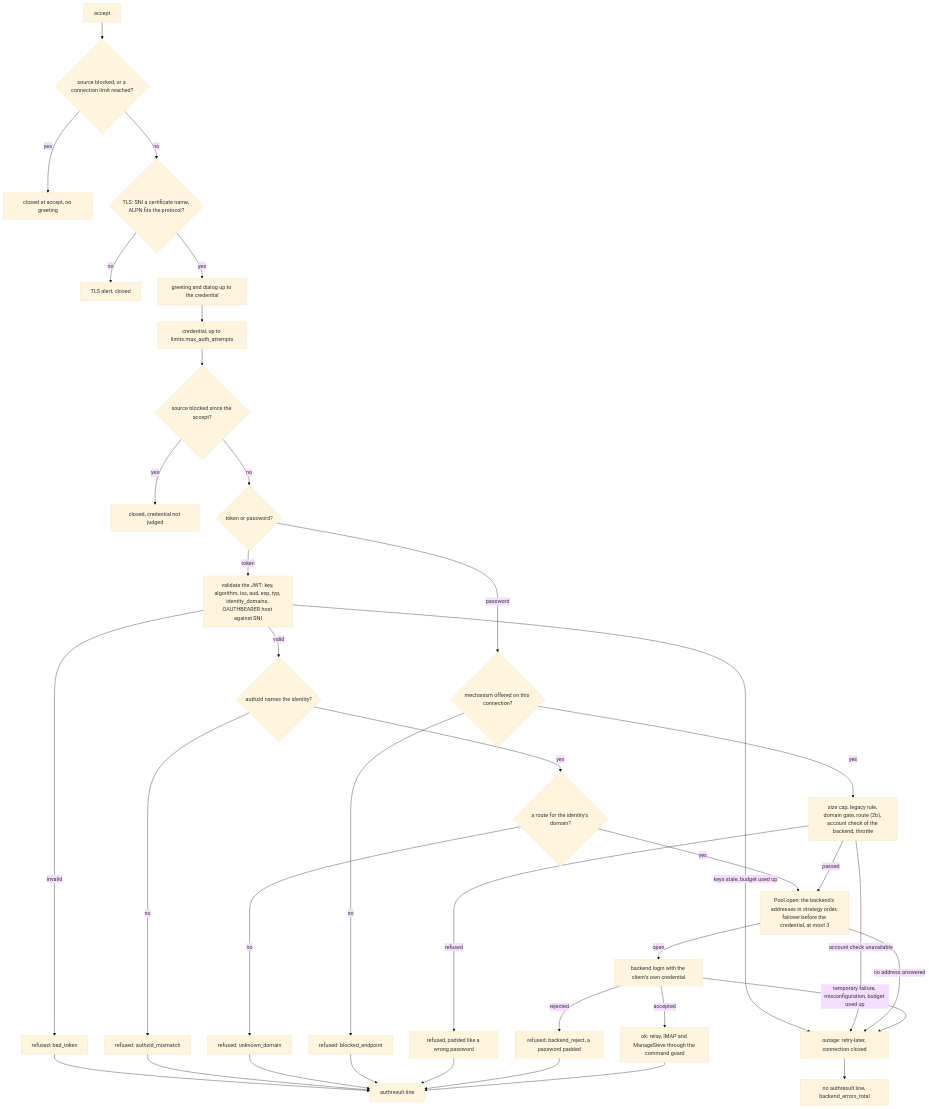
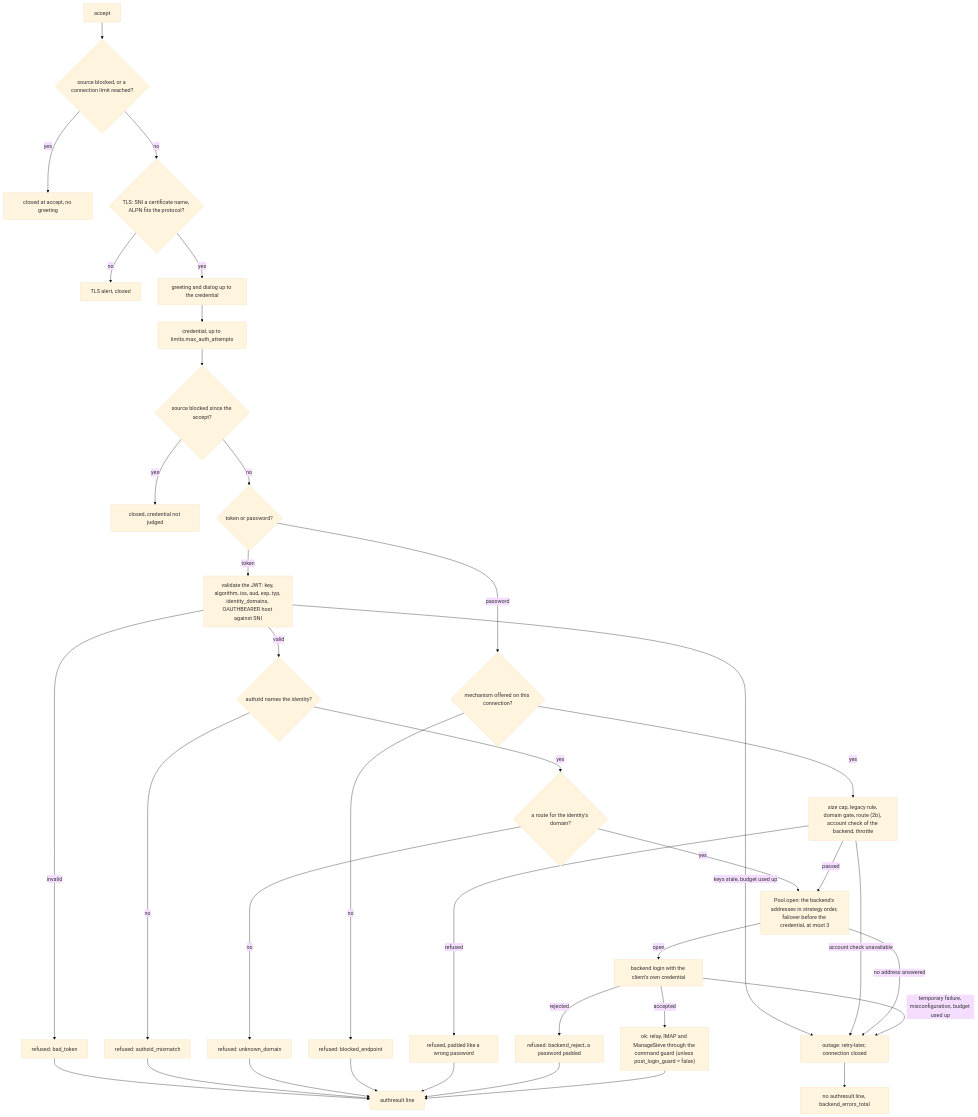
The diagram in docs/architecture.md (NK-IT-CLOUD/mail-auth-proxy), drawn with Mermaid (base theme) before and after one commit. The commit also changed other lines of this file and 27 other files, not shown here.

````diff
--- a/docs/architecture.md
+++ b/docs/architecture.md
@@ -43,34 +44,34 @@
 ```mermaid
 flowchart TD
     A["accept"] --> L{"source blocked, or a connection limit reached?"}
     L -- yes --> X1["closed at accept, no greeting"]
     L -- no --> T{"TLS: SNI a certificate name, ALPN fits the protocol?"}
     T -- no --> X2["TLS alert, closed"]
     T -- yes --> G["greeting and dialog up to the credential"]
     G --> CR["credential, up to limits.max_auth_attempts"]
     CR --> SB{"source blocked since the accept?"}
     SB -- yes --> X3["closed, credential not judged"]
     SB -- no --> K{"token or password?"}
     K -- token --> V["validate the JWT: key, algorithm, iss, aud, exp, typ, identity_domains, OAUTHBEARER host against SNI"]
     V -- invalid --> R1["refused: bad_token"]
     V -- "keys stale, budget used up" --> OUT
     V -- valid --> AZ{"authzid names the identity?"}
     AZ -- no --> R2["refused: authzid_mismatch"]
     AZ -- yes --> RO{"a route for the identity's domain?"}
     RO -- no --> R3["refused: unknown_domain"]
     RO -- yes --> POOL
     K -- password --> M{"mechanism offered on this connection?"}
     M -- no --> R4["refused: blocked_endpoint"]
     M -- yes --> GATE["size cap, legacy rule, domain gate, route (2b), account check of the backend, throttle"]
     GATE -- refused --> R5["refused, padded like a wrong password"]
     GATE -- "account check unavailable" --> OUT
     GATE -- passed --> POOL
     POOL["Pool.open: the backend's addresses in strategy order, failover before the credential, at most 3"]
     POOL -- "no address answered" --> OUT
     POOL -- open --> BA["backend login with the client's own credential"]
-    BA -- accepted --> OK["ok: relay, IMAP and ManageSieve through the command guard"]
+    BA -- accepted --> OK["ok: relay, IMAP and ManageSieve through the command guard (unless post_login_guard = false)"]
     BA -- rejected --> R6["refused: backend_reject, a password padded"]
     BA -- "temporary failure, misconfiguration, budget used up" --> OUT["outage: retry-later, connection closed"]
     R1 & R2 & R3 & R4 & R5 & R6 & OK --> LOG["authresult line"]
     OUT --> NOLOG["no authresult line, backend_errors_total"]
 ```
````
